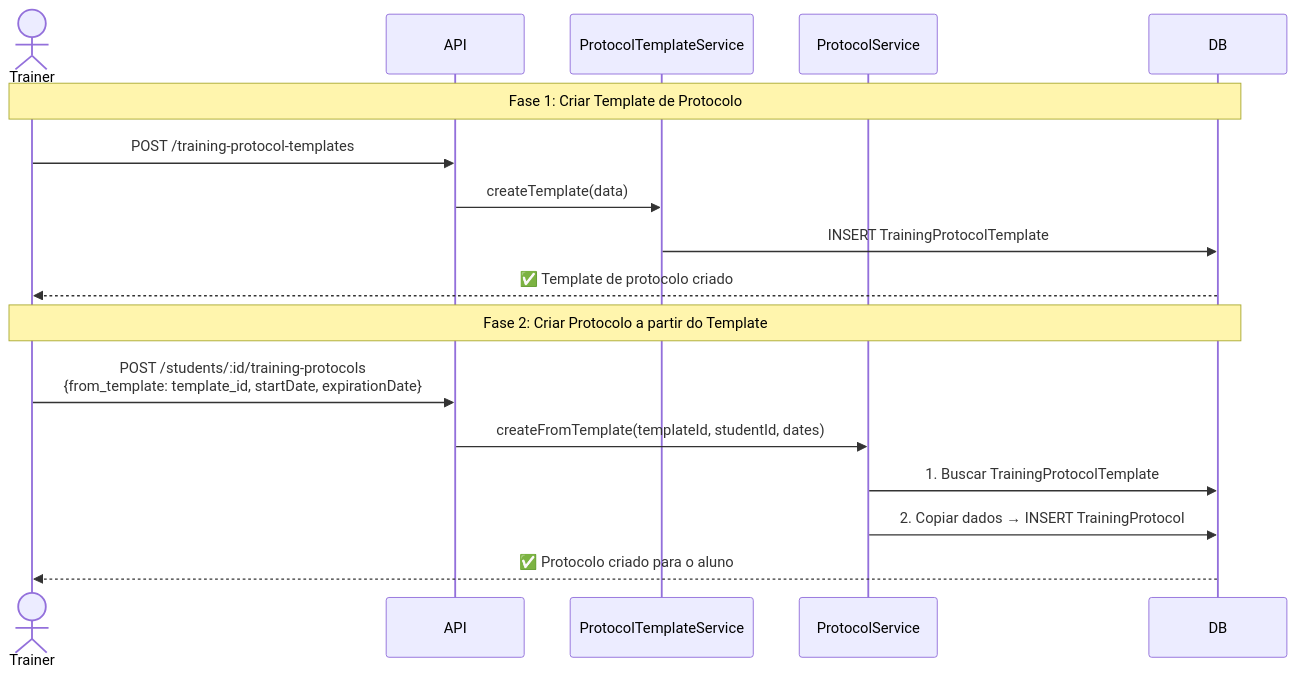
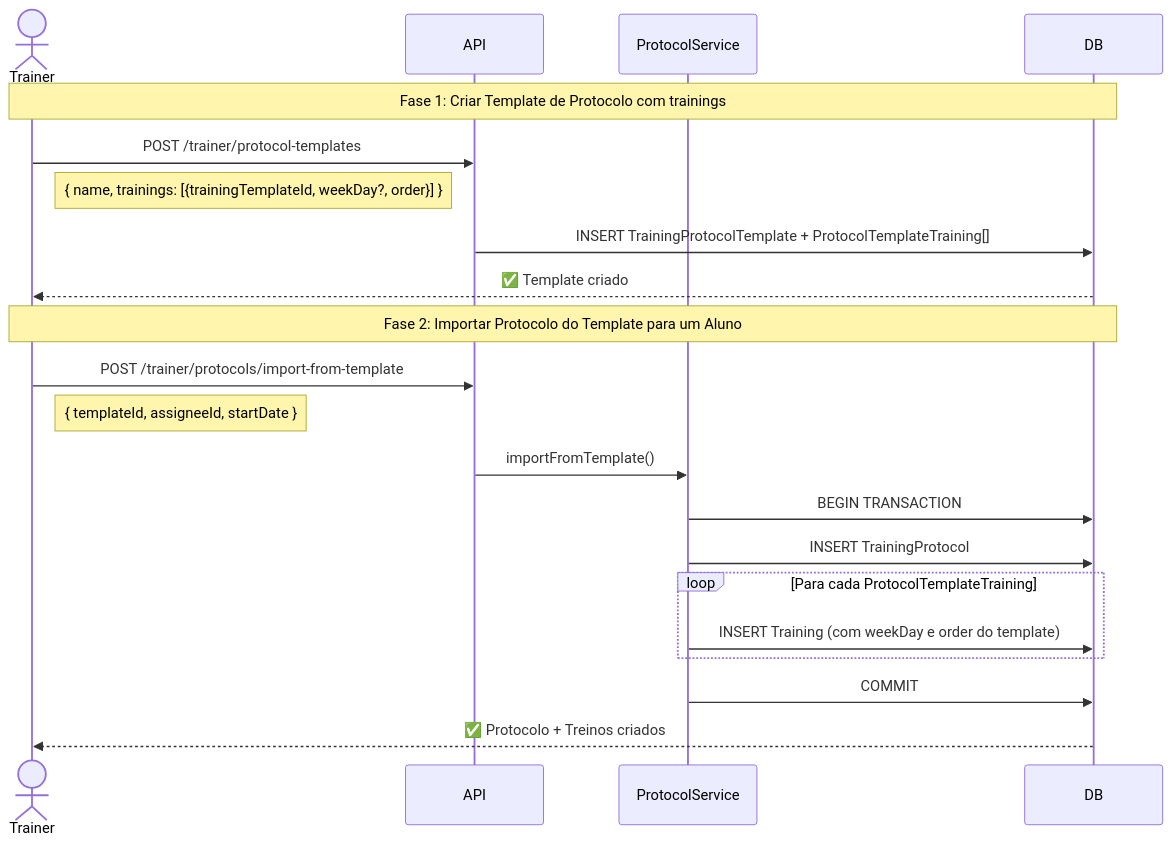
One commit to treinoway/teufit-service changed the third of 4 diagrams in docs/adr/001-training-system-architecture.md. Above: the diagram before and after it, drawn with Mermaid. The commit also changed other lines of this file and 17 other files, not shown here.

````diff
--- a/docs/adr/001-training-system-architecture.md
+++ b/docs/adr/001-training-system-architecture.md
@@ -372,21 +252,25 @@
 ```mermaid
 sequenceDiagram
     actor Trainer
     participant API
-    participant ProtocolTemplateService
     participant ProtocolService
     participant DB
 
-    Note over Trainer,DB: Fase 1: Criar Template de Protocolo
-    Trainer->>API: POST /training-protocol-templates
-    API->>ProtocolTemplateService: createTemplate(data)
-    ProtocolTemplateService->>DB: INSERT TrainingProtocolTemplate
-    DB-->>Trainer: ✅ Template de protocolo criado
+    Note over Trainer,DB: Fase 1: Criar Template de Protocolo com trainings
+    Trainer->>API: POST /trainer/protocol-templates
+    Note right of Trainer: { name, trainings: [{trainingTemplateId, weekDay?, order}] }
+    API->>DB: INSERT TrainingProtocolTemplate + ProtocolTemplateTraining[]
+    DB-->>Trainer: ✅ Template criado
 
-    Note over Trainer,DB: Fase 2: Criar Protocolo a partir do Template
-    Trainer->>API: POST /students/:id/training-protocols<br/>{from_template: template_id, startDate, expirationDate}
-    API->>ProtocolService: createFromTemplate(templateId, studentId, dates)
-    ProtocolService->>DB: 1. Buscar TrainingProtocolTemplate
-    ProtocolService->>DB: 2. Copiar dados → INSERT TrainingProtocol
-    DB-->>Trainer: ✅ Protocolo criado para o aluno
+    Note over Trainer,DB: Fase 2: Importar Protocolo do Template para um Aluno
+    Trainer->>API: POST /trainer/protocols/import-from-template
+    Note right of Trainer: { templateId, assigneeId, startDate }
+    API->>ProtocolService: importFromTemplate()
+    ProtocolService->>DB: BEGIN TRANSACTION
+    ProtocolService->>DB: INSERT TrainingProtocol
+    loop Para cada ProtocolTemplateTraining
+        ProtocolService->>DB: INSERT Training (com weekDay e order do template)
+    end
+    ProtocolService->>DB: COMMIT
+    DB-->>Trainer: ✅ Protocolo + Treinos criados
 ```
````
